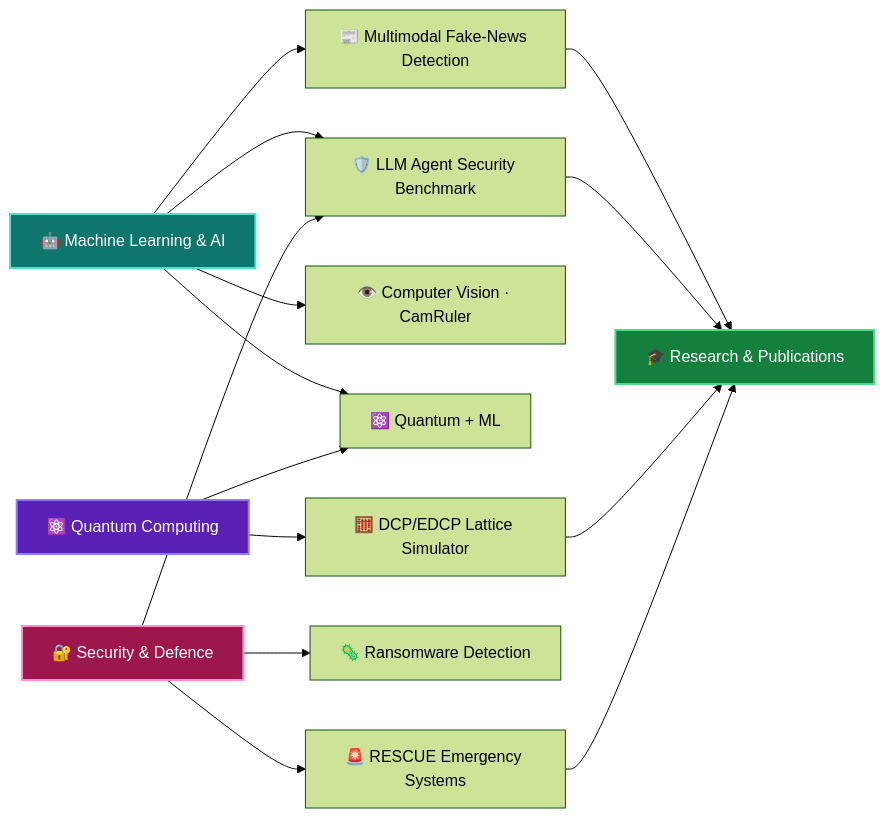
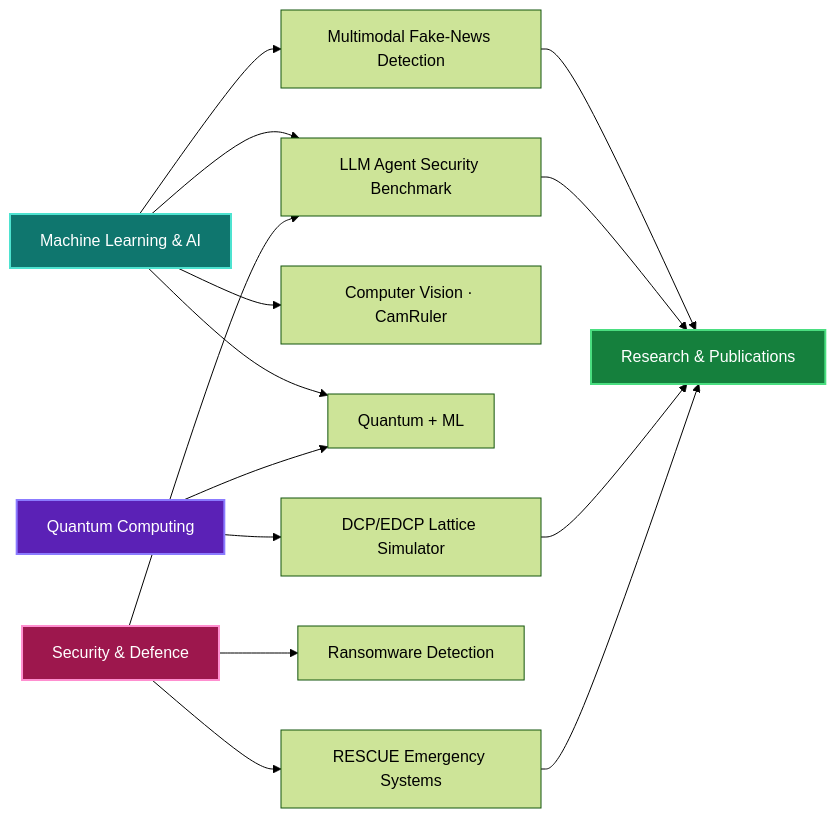
Before and after one commit to vishalacharya09/vishalacharya09: the diagram in README.md, drawn with Mermaid (forest theme). The commit also changed other lines of this file, not shown here.

````diff
--- a/README.md
+++ b/README.md
@@ -235,21 +235,21 @@
 ```mermaid
 graph LR
-    ML[🤖 Machine Learning & AI] --> MM[📰 Multimodal Fake-News Detection]
-    ML --> AG[🛡️ LLM Agent Security Benchmark]
-    ML --> CV[👁️ Computer Vision · CamRuler]
-    ML --> QML[⚛️ Quantum + ML]
-    Q[⚛️ Quantum Computing] --> QML
-    Q --> DCP[🧮 DCP/EDCP Lattice Simulator]
-    S[🔐 Security & Defence] --> AG
-    S --> RAN[🦠 Ransomware Detection]
-    S --> RES[🚨 RESCUE Emergency Systems]
-    MM --> R[🎓 Research & Publications]
+    ML[Machine Learning & AI] --> MM[Multimodal Fake-News Detection]
+    ML --> AG[LLM Agent Security Benchmark]
+    ML --> CV[Computer Vision · CamRuler]
+    ML --> QML[Quantum + ML]
+    Q[Quantum Computing] --> QML
+    Q --> DCP[DCP/EDCP Lattice Simulator]
+    S[Security & Defence] --> AG
+    S --> RAN[Ransomware Detection]
+    S --> RES[RESCUE Emergency Systems]
+    MM --> R[Research & Publications]
     AG --> R
     DCP --> R
     RES --> R
 
     style ML fill:#0f766e,stroke:#4EE3D0,stroke-width:2px,color:#fff
     style Q fill:#5b21b6,stroke:#8B7BFF,stroke-width:2px,color:#fff
     style S fill:#9d174d,stroke:#FF8FD0,stroke-width:2px,color:#fff
     style R fill:#15803d,stroke:#4ade80,stroke-width:2px,color:#fff
 ```
````
